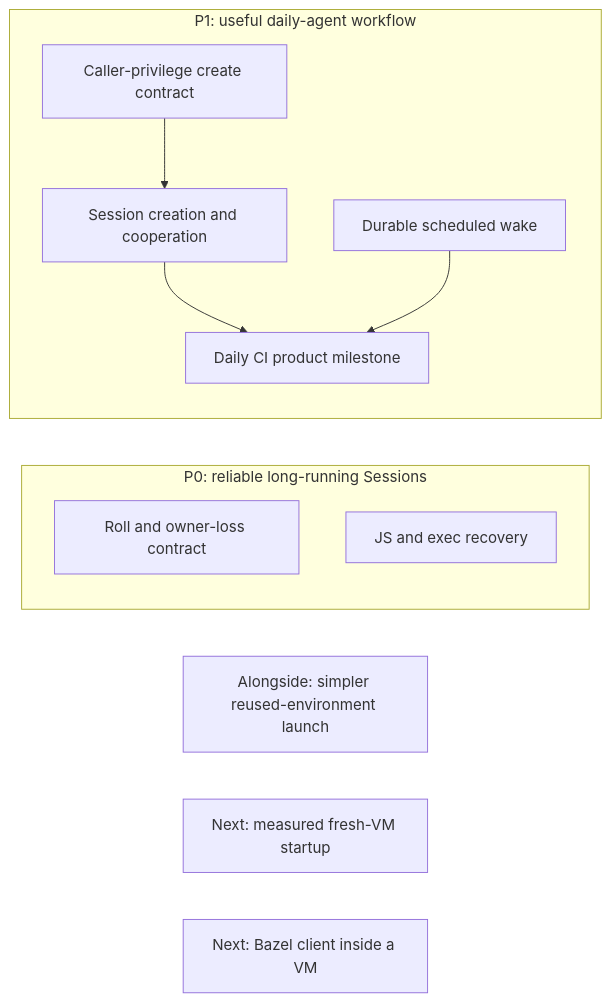
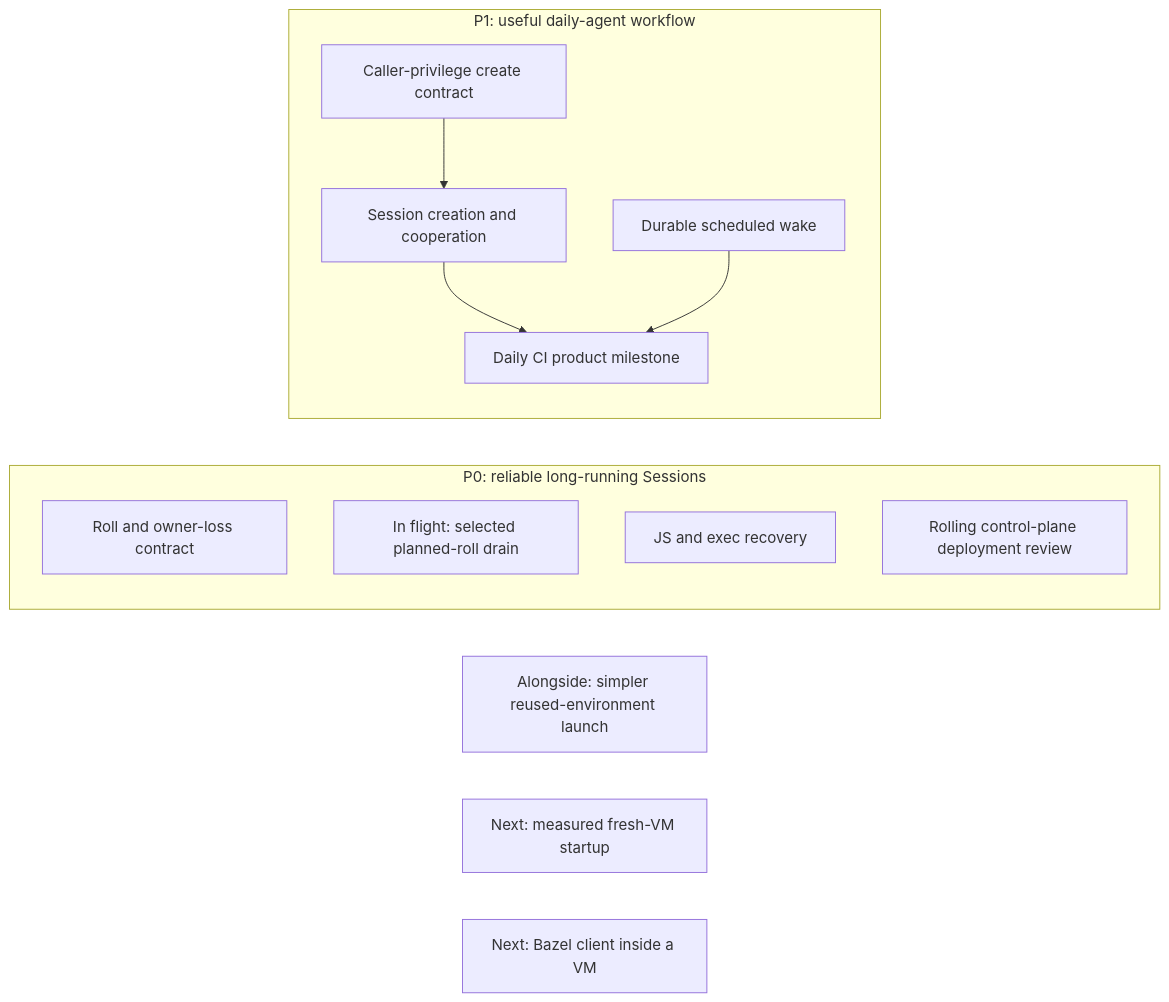
Before and after one commit to agentydragon/ducktape: the first of 18 diagrams in agentplane/plans/task_dag.md, drawn with Mermaid. The commit also changed other lines of this file, not shown here.

````diff
--- a/agentplane/plans/task_dag.md
+++ b/agentplane/plans/task_dag.md
@@ -91,15 +121,17 @@
 ```mermaid
 flowchart LR
     subgraph PRIORITY_ZERO[P0: reliable long-running Sessions]
         CENTRAL_SAMPLER_REPLICA_ROLLOUT[Roll and owner-loss contract]
+        CENTRAL_SAMPLER_PLANNED_DRAIN[In flight: selected planned-roll drain]
         CENTRAL_SAMPLER_TOOL_RECOVERY[JS and exec recovery]
+        CONTROL_PLANE_ROLLING_SERVICES[Rolling control-plane deployment review]
     end
     subgraph PRIORITY_ONE[P1: useful daily-agent workflow]
         THREAD_CREATE_POLICY[Caller-privilege create contract] --> THREAD_CREATE_AUTHORIZATION[Session creation and cooperation]
         THREAD_CREATE_AUTHORIZATION --> DAILY_CI_AGENT[Daily CI product milestone]
         SCHEDULED_AGENT_WAKE[Durable scheduled wake] --> DAILY_CI_AGENT
     end
     SESSION_LAUNCH_FRICTION[Alongside: simpler reused-environment launch]
     VM_STARTUP_LATENCY[Next: measured fresh-VM startup]
     LOCAL_BAZEL[Next: Bazel client inside a VM]
 ```
````
